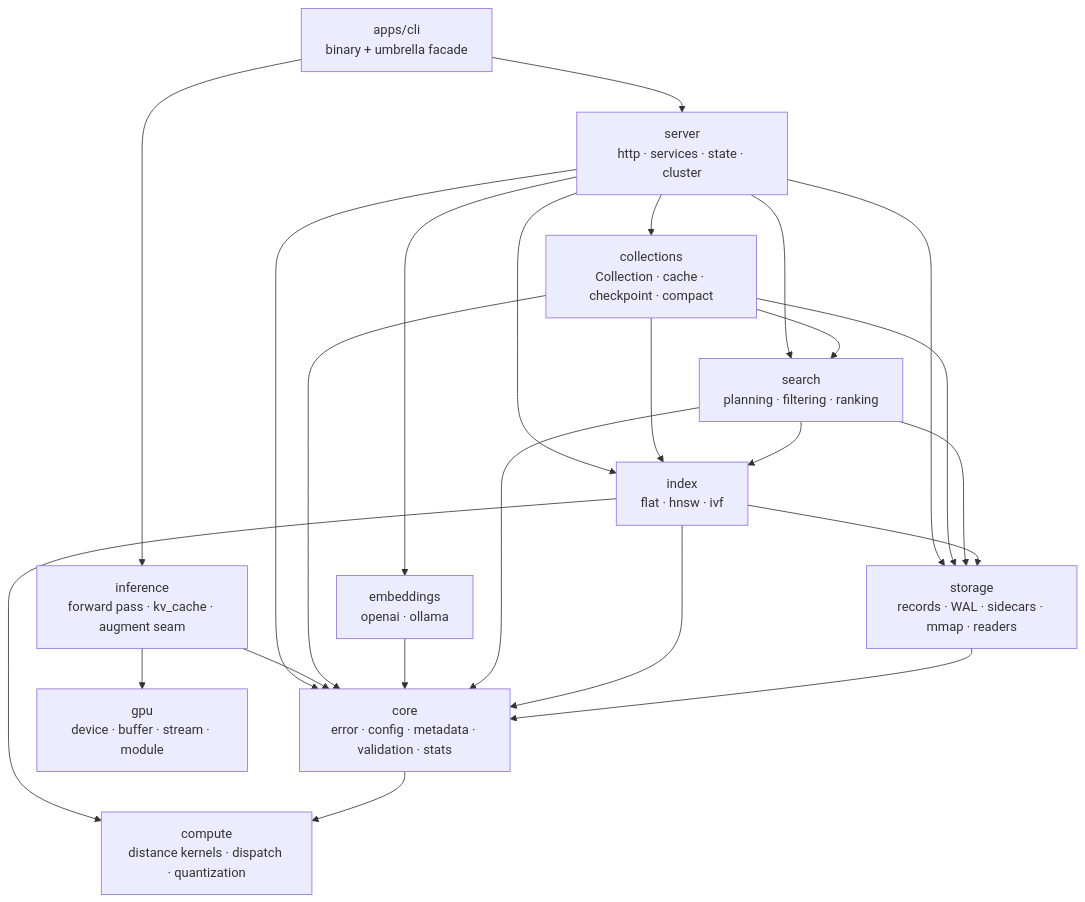
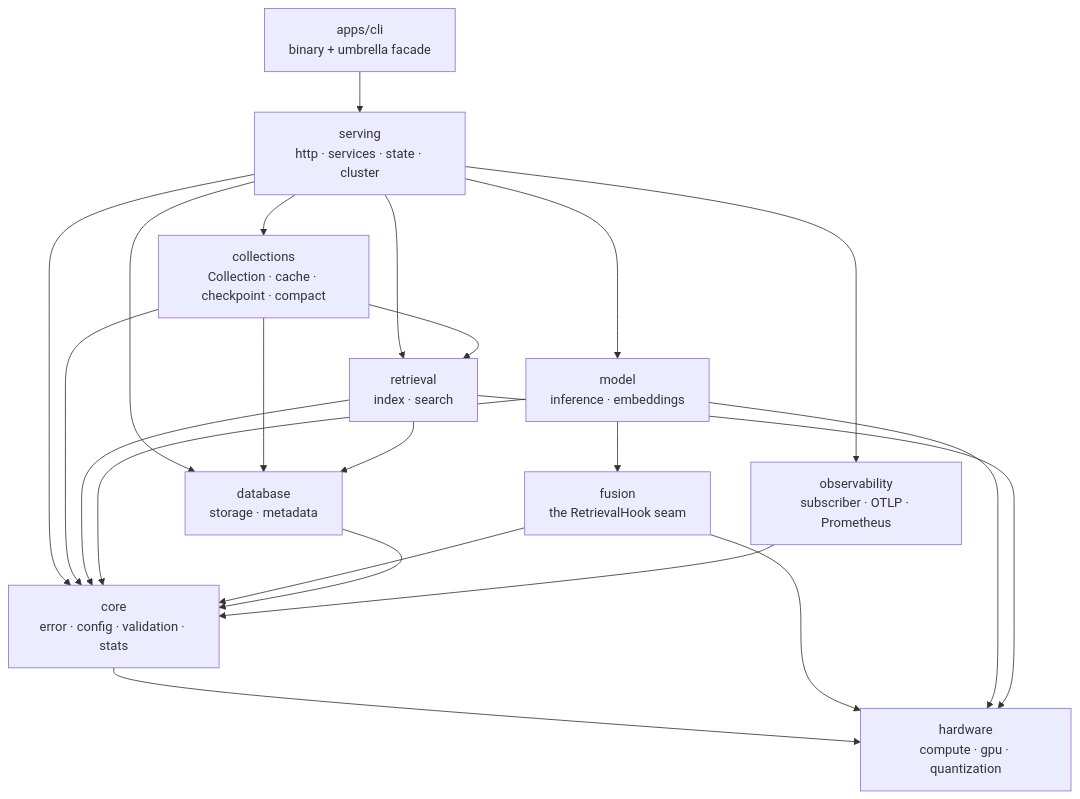
Before and after one commit to ashworks1706/Piramid: the first of 3 diagrams in docs/ARCHITECTURE.md, drawn with Mermaid. The commit also changed other lines of this file and 261 other files, not shown here.

````diff
--- a/docs/ARCHITECTURE.md
+++ b/docs/ARCHITECTURE.md
@@ -80,38 +80,35 @@
 ```mermaid
 flowchart TD
     CLI[apps/cli<br/>binary + umbrella facade]
-    Server[server<br/>http · services · state · cluster]
-    Inference[inference<br/>forward pass · kv_cache · augment seam]
+    Serving[serving<br/>http · services · state · cluster]
+    Model[model<br/>inference · embeddings]
+    Fusion[fusion<br/>the RetrievalHook seam]
     Collections[collections<br/>Collection · cache · checkpoint · compact]
-    Embeddings[embeddings<br/>openai · ollama]
-    Search[search<br/>planning · filtering · ranking]
-    Index[index<br/>flat · hnsw · ivf]
-    Storage[storage<br/>records · WAL · sidecars · mmap · readers]
-    Core[core<br/>error · config · metadata · validation · stats]
-    Compute[compute<br/>distance kernels · dispatch · quantization]
-    Gpu[gpu<br/>device · buffer · stream · module]
+    Retrieval[retrieval<br/>index · search]
+    Database[database<br/>storage · metadata]
+    Core[core<br/>error · config · validation · stats]
+    Observability[observability<br/>subscriber · OTLP · Prometheus]
+    Hardware[hardware<br/>compute · gpu · quantization]
 
-    CLI --> Server
-    CLI --> Inference
-    Server --> Collections
-    Server --> Embeddings
-    Server --> Search
-    Server --> Index
-    Server --> Storage
-    Server --> Core
-    Inference --> Gpu
-    Inference --> Core
-    Collections --> Search
-    Collections --> Index
-    Collections --> Storage
+    CLI --> Serving
+    Serving --> Collections
+    Serving --> Model
+    Serving --> Retrieval
+    Serving --> Database
+    Serving --> Observability
+    Serving --> Core
+    Collections --> Retrieval
+    Collections --> Database
     Collections --> Core
-    Embeddings --> Core
-    Search --> Index
-    Search --> Storage
-    Search --> Core
-    Index --> Storage
-    Index --> Core
-    Index --> Compute
-    Storage --> Core
-    Core --> Compute
+    Retrieval --> Database
+    Retrieval --> Core
+    Model --> Fusion
+    Model --> Core
+    Fusion --> Core
+    Database --> Core
+    Observability --> Core
+    Core --> Hardware
+    Fusion --> Hardware
+    Model --> Hardware
+    Retrieval --> Hardware
 ```
````
